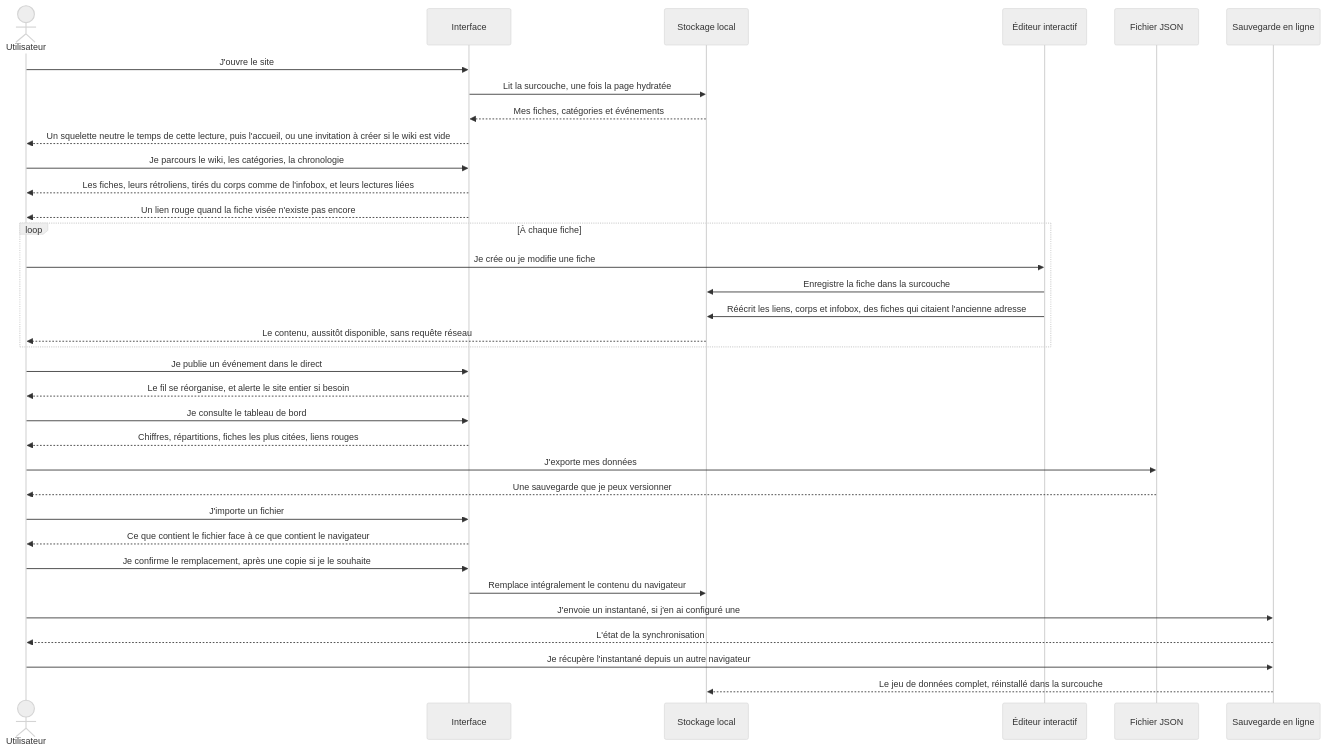
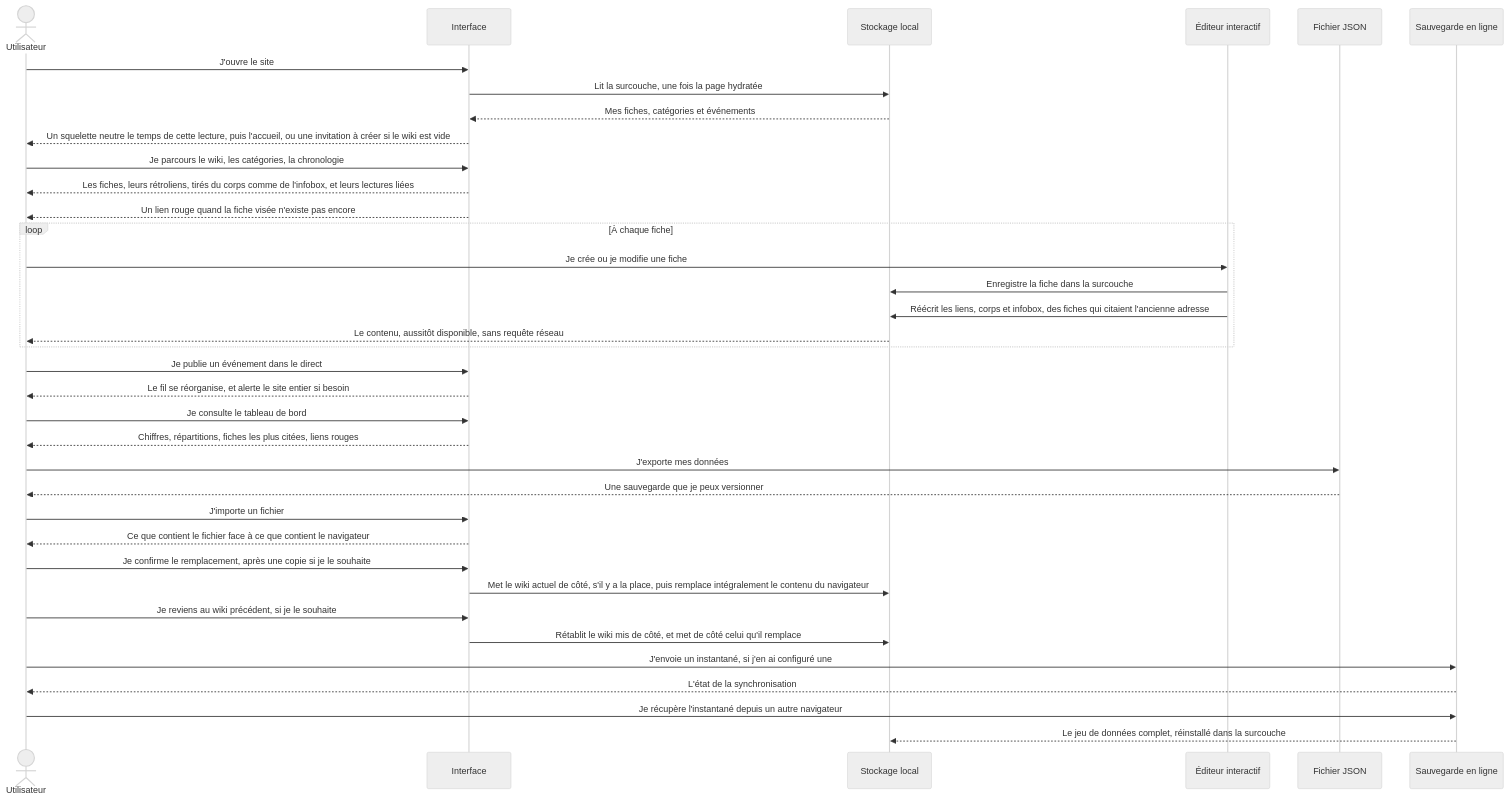
One commit to FlorianLeChat/Pericles-Initiative changed the first of 2 diagrams in README.md. Above: the diagram before and after it, drawn with Mermaid (neutral theme). The commit also changed other lines of this file and 96 other files, not shown here.

````diff
--- a/README.md
+++ b/README.md
@@ -37,43 +37,45 @@
 ```mermaid
 sequenceDiagram
     actor Utilisateur
     participant Interface
     participant Stockage local
     participant Éditeur interactif
     participant Fichier JSON
     participant Sauvegarde en ligne
 
     Utilisateur->>Interface: J'ouvre le site
     Interface->>Stockage local: Lit la surcouche, une fois la page hydratée
     Stockage local-->>Interface: Mes fiches, catégories et événements
     Interface-->>Utilisateur: Un squelette neutre le temps de cette lecture, puis l'accueil, ou une invitation à créer si le wiki est vide
 
     Utilisateur->>Interface: Je parcours le wiki, les catégories, la chronologie
     Interface-->>Utilisateur: Les fiches, leurs rétroliens, tirés du corps comme de l'infobox, et leurs lectures liées
     Interface-->>Utilisateur: Un lien rouge quand la fiche visée n'existe pas encore
 
     loop À chaque fiche
         Utilisateur->>Éditeur interactif: Je crée ou je modifie une fiche
         Éditeur interactif->>Stockage local: Enregistre la fiche dans la surcouche
         Éditeur interactif->>Stockage local: Réécrit les liens, corps et infobox, des fiches qui citaient l'ancienne adresse
         Stockage local-->>Utilisateur: Le contenu, aussitôt disponible, sans requête réseau
     end
 
     Utilisateur->>Interface: Je publie un événement dans le direct
     Interface-->>Utilisateur: Le fil se réorganise, et alerte le site entier si besoin
 
     Utilisateur->>Interface: Je consulte le tableau de bord
     Interface-->>Utilisateur: Chiffres, répartitions, fiches les plus citées, liens rouges
 
     Utilisateur->>Fichier JSON: J'exporte mes données
     Fichier JSON-->>Utilisateur: Une sauvegarde que je peux versionner
     Utilisateur->>Interface: J'importe un fichier
     Interface-->>Utilisateur: Ce que contient le fichier face à ce que contient le navigateur
     Utilisateur->>Interface: Je confirme le remplacement, après une copie si je le souhaite
-    Interface->>Stockage local: Remplace intégralement le contenu du navigateur
+    Interface->>Stockage local: Met le wiki actuel de côté, s'il y a la place, puis remplace intégralement le contenu du navigateur
+    Utilisateur->>Interface: Je reviens au wiki précédent, si je le souhaite
+    Interface->>Stockage local: Rétablit le wiki mis de côté, et met de côté celui qu'il remplace
 
     Utilisateur->>Sauvegarde en ligne: J'envoie un instantané, si j'en ai configuré une
     Sauvegarde en ligne-->>Utilisateur: L'état de la synchronisation
     Utilisateur->>Sauvegarde en ligne: Je récupère l'instantané depuis un autre navigateur
     Sauvegarde en ligne-->>Stockage local: Le jeu de données complet, réinstallé dans la surcouche
 ```
````
